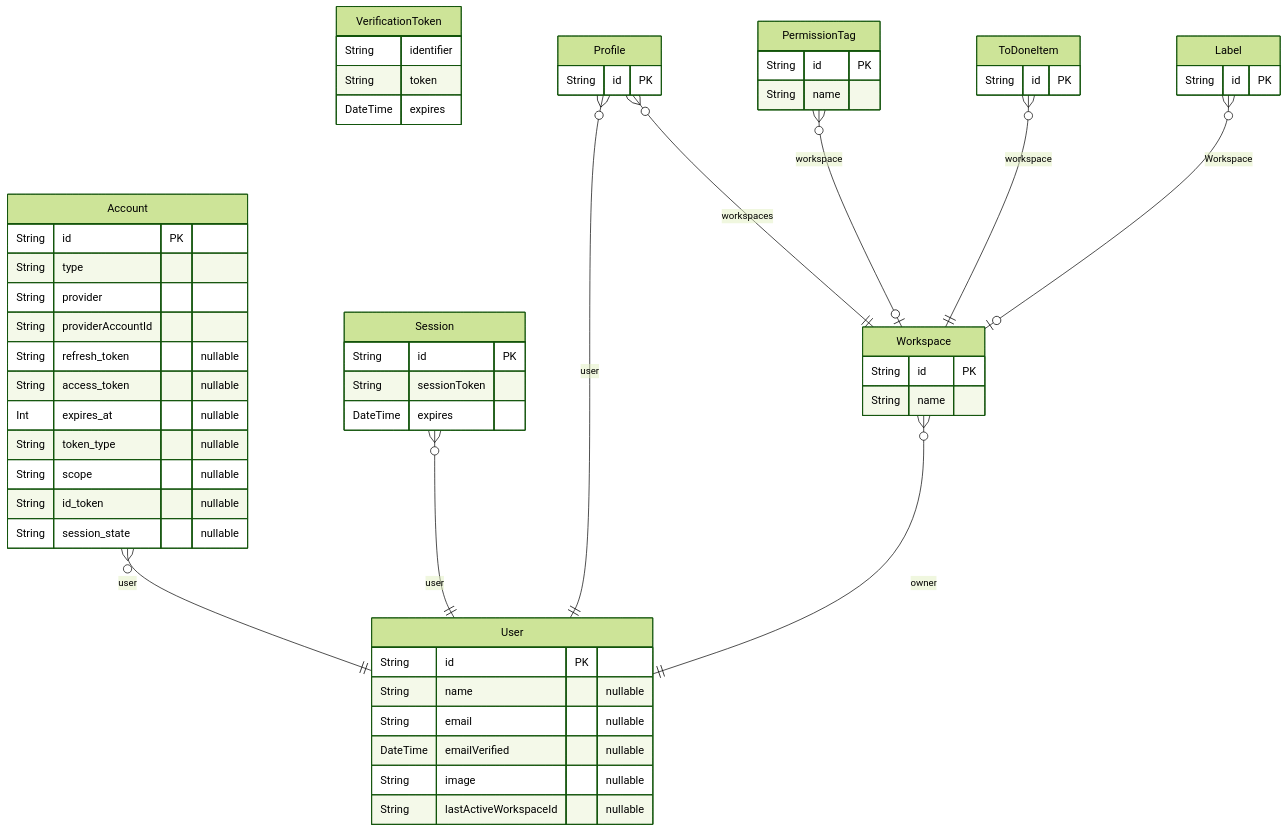
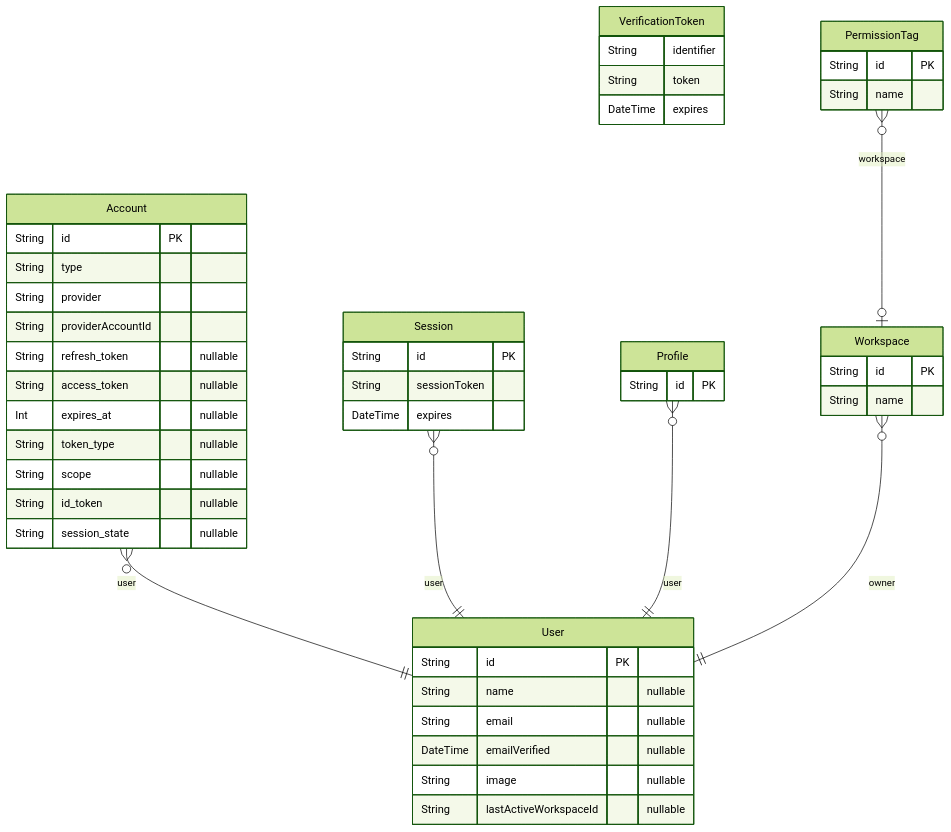
One commit to idealjs/to-done changed the diagram in er-generated.md. Above: the diagram before and after it, drawn with Mermaid (forest theme). The commit also changed 2 other files, not shown here.

Commit message:
feat: update er

````diff
--- a/er-generated.md
+++ b/er-generated.md
@@ -1,77 +1,64 @@
 ```mermaid
 erDiagram
 
   Account {
     String id PK 
     String type  
     String provider  
     String providerAccountId  
     String refresh_token  "nullable"
     String access_token  "nullable"
     Int expires_at  "nullable"
     String token_type  "nullable"
     String scope  "nullable"
     String id_token  "nullable"
     String session_state  "nullable"
     }
   
 
   Session {
     String id PK 
     String sessionToken  
     DateTime expires  
     }
   
 
   User {
     String id PK 
     String name  "nullable"
     String email  "nullable"
     DateTime emailVerified  "nullable"
     String image  "nullable"
     String lastActiveWorkspaceId  "nullable"
     }
   
 
   VerificationToken {
     String identifier  
     String token  
     DateTime expires  
     }
   
 
   Profile {
     String id PK 
     }
   
 
   PermissionTag {
     String id PK 
     String name  
     }
   
 
   Workspace {
     String id PK 
     String name  
     }
   
-
-  ToDoneItem {
-    String id PK 
-    }
-  
-
-  Label {
-    String id PK 
-    }
-  
     Account o{--|| User : "user"
     Session o{--|| User : "user"
     Profile o{--|| User : "user"
-    Profile o{--|| Workspace : "workspaces"
     PermissionTag o{--|o Workspace : "workspace"
     Workspace o{--|| User : "owner"
-    ToDoneItem o{--|| Workspace : "workspace"
-    Label o{--|o Workspace : "Workspace"
 ```
````
